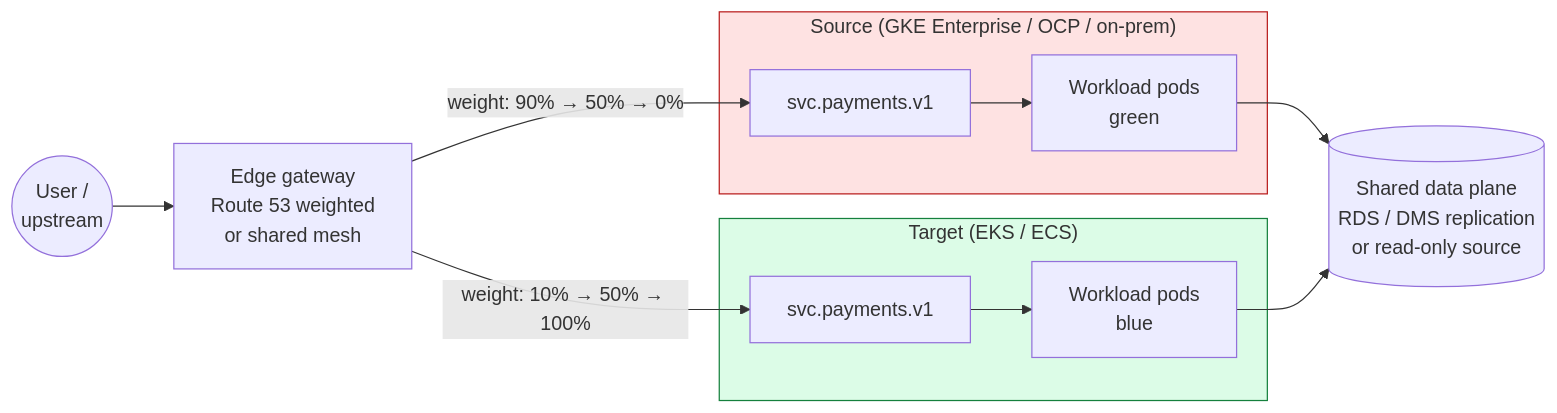
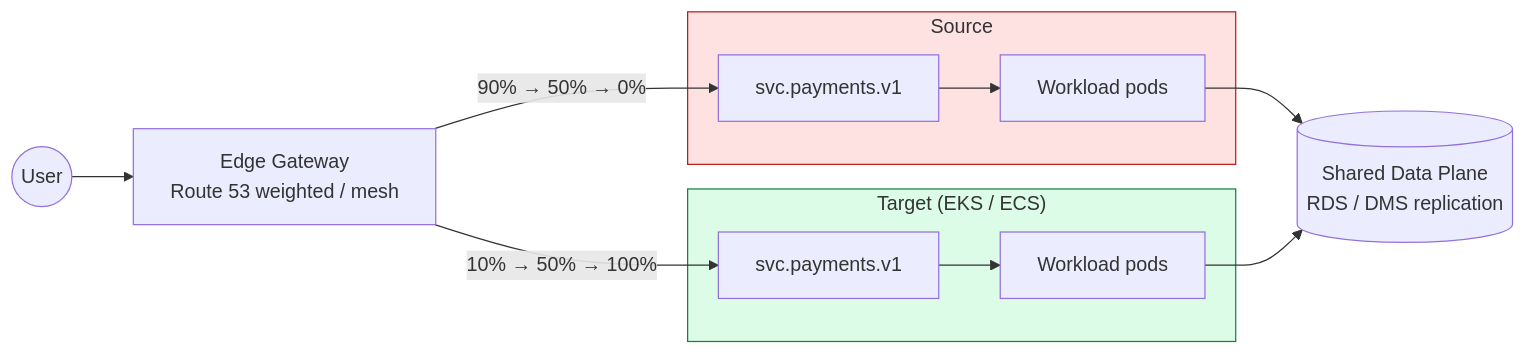
The fourth of 5 diagrams in docs/architecture/diagrams.md (snese/agentic-container-migration-framework), drawn with Mermaid before and after one commit. The commit also changed other lines of this file, not shown here.

First line of the commit message:
docs(architecture): update diagrams to reflect 7 shipped source adapters

````diff
--- a/docs/architecture/diagrams.md
+++ b/docs/architecture/diagrams.md
@@ -131,28 +133,28 @@
 ```mermaid
 flowchart LR
-    U((User /<br/>upstream)) --> GW[Edge gateway<br/>Route 53 weighted<br/>or shared mesh]
+    U((User)) --> GW[Edge Gateway<br/>Route 53 weighted / mesh]
 
-    subgraph SRC2["Source (GKE Enterprise / OCP / on-prem)"]
+    subgraph SRC2["Source"]
         SVC1[svc.payments.v1]
-        WL1[Workload pods<br/>green]
+        WL1[Workload pods]
         SVC1 --> WL1
     end
 
     subgraph TGT2["Target (EKS / ECS)"]
         SVC2[svc.payments.v1]
-        WL2[Workload pods<br/>blue]
+        WL2[Workload pods]
         SVC2 --> WL2
     end
 
-    GW -- "weight: 90% → 50% → 0%" --> SVC1
-    GW -- "weight: 10% → 50% → 100%" --> SVC2
+    GW -- "90% → 50% → 0%" --> SVC1
+    GW -- "10% → 50% → 100%" --> SVC2
 
-    DB[(Shared data plane<br/>RDS / DMS replication<br/>or read-only source)]
+    DB[(Shared Data Plane<br/>RDS / DMS replication)]
     WL1 --> DB
     WL2 --> DB
 
     classDef src fill:#fee2e2,stroke:#b91c1c;
     classDef tgt fill:#dcfce7,stroke:#15803d;
     class SRC2 src;
     class TGT2 tgt;
 ```
````
